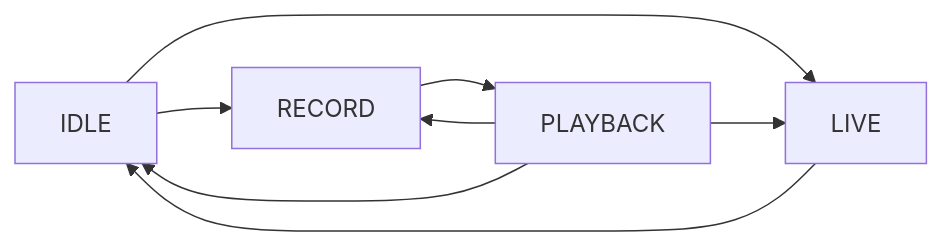
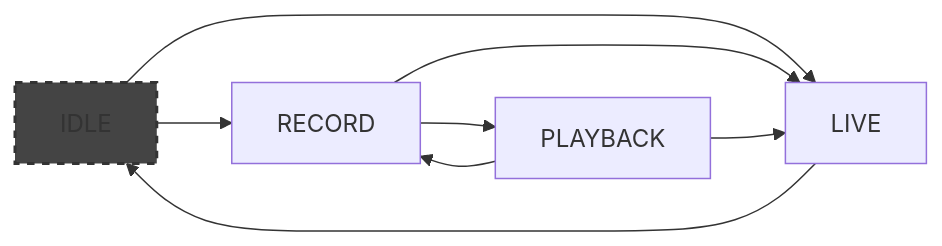
The fourth of 4 diagrams in README.md (ddonyo/camera), drawn with Mermaid before and after one commit. The commit also changed other lines of this file and 124 other files, not shown here.

````diff
--- a/README.md
+++ b/README.md
@@ -403,10 +382,12 @@
 ```mermaid
 flowchart LR
     A[IDLE] --> B[LIVE]
+    A --> C[RECORD]
+    C --> B
     B --> A
-    A --> C[RECORD]
-    C --> D[PLAYBACK]
-    D --> C
-    D --> B
-    D --> A
+    C --> E[PLAYBACK]
+    E --> C
+    E --> B
+
+    style A fill:#444,stroke:#333,stroke-width:2px,stroke-dasharray: 5 5
 ```
````
